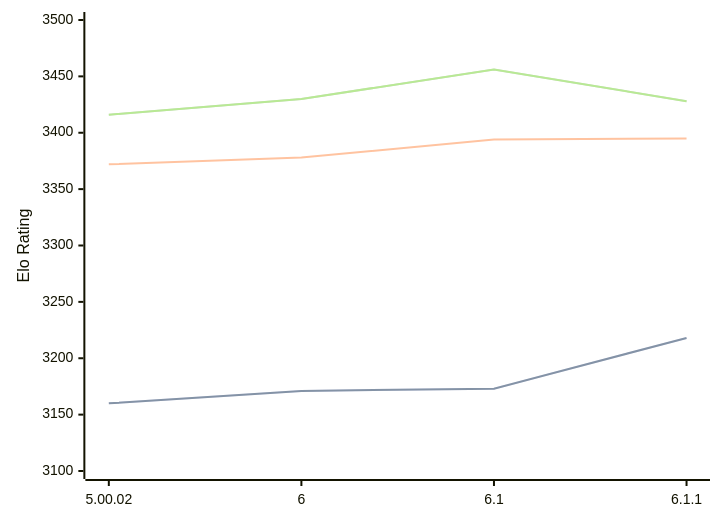
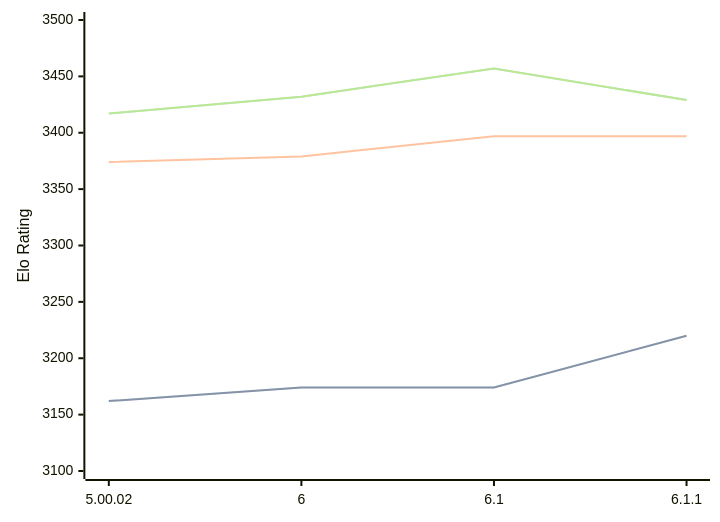
One commit to computer-chess-index/cci changed the diagram in engines/Zangdar.md. Above: the diagram before and after it, drawn with Mermaid. The commit also changed other lines of this file, not shown here.

Commit message:
Update CCI Ratings (ELO VLTC) - 2026-03-29

````diff
--- a/engines/Zangdar.md
+++ b/engines/Zangdar.md
@@ -46,11 +46,11 @@
 ```mermaid
 %%{init: {"theme":"base","themeVariables":{"seriesColors:['#a3a3a3','#222221','#faa371']}}}%%
 xychart-beta
   x-axis ["5.00.02", "6", "6.1", "6.1.1"]
   y-axis "Elo Rating" 3100 --> 3500
-  line "STC (8.0+0.08s)" [3160, 3171, 3173, 3218]
-  line "STC (8.0+0.08s)" [3160, 3171, 3173, 3218]
-  line "LTC (60.0+0.60s)" [3372, 3378, 3394, 3395]
-  line "VLTC (2m24s+1.12s)" [3416, 3430, 3456, 3428]
-  line "VLTC (2m24s+1.12s)" [3416, 3430, 3456, 3428]
+  line "STC (8.0+0.08s)" [3162, 3174, 3174, 3220]
+  line "STC (8.0+0.08s)" [3162, 3174, 3174, 3220]
+  line "LTC (60.0+0.60s)" [3374, 3379, 3397, 3397]
+  line "VLTC (2m24s+1.12s)" [3417, 3432, 3457, 3429]
+  line "VLTC (2m24s+1.12s)" [3417, 3432, 3457, 3429]
 ```
````
